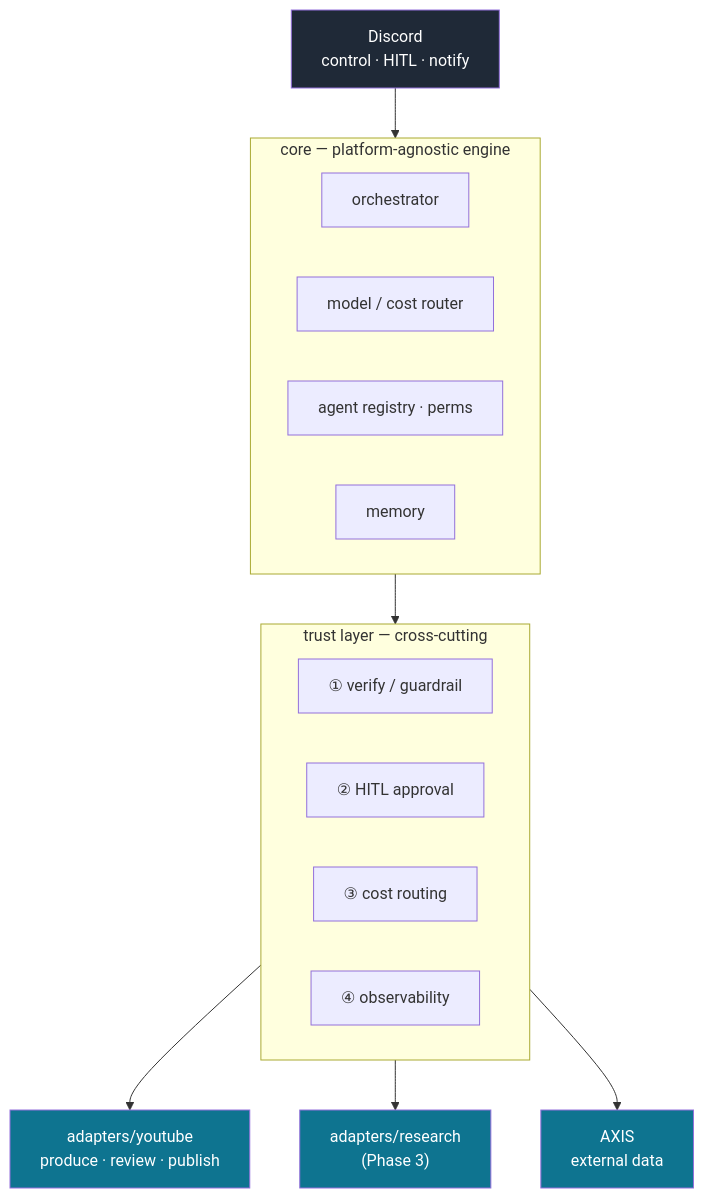
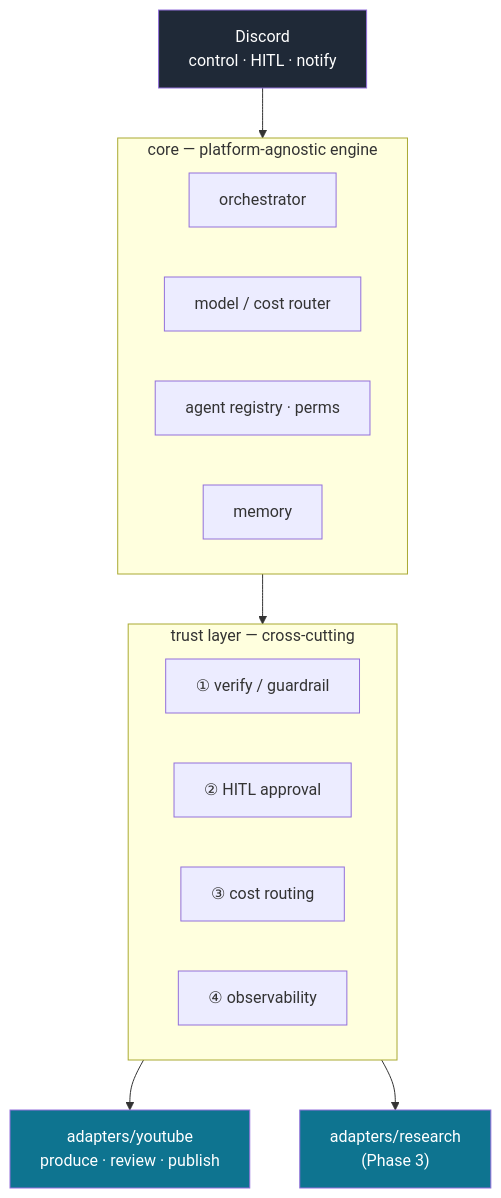
One commit to minjun91a/mint-agent changed the diagram in README.md. Above: the diagram before and after it, drawn with Mermaid. The commit also changed other lines of this file and 5 other files, not shown here.

First line of the commit message:
docs: AXIS 범위 제외 — 결합면 2면(Discord·YouTube)으로 정리

````diff
--- a/README.md
+++ b/README.md
@@ -28,23 +28,22 @@
 ```mermaid
 flowchart TB
   DISCORD["Discord<br/>control · HITL · notify"]:::io
   subgraph CORE["core — platform-agnostic engine"]
     ORCH["orchestrator"]
     ROUTER["model / cost router"]
     REG["agent registry · perms"]
     MEM["memory"]
   end
   subgraph TRUST["trust layer — cross-cutting"]
     V["① verify / guardrail"]
     H["② HITL approval"]
     C["③ cost routing"]
     O["④ observability"]
   end
   YT["adapters/youtube<br/>produce · review · publish"]:::out
   RES["adapters/research<br/>(Phase 3)"]:::out
-  AXIS["AXIS<br/>external data"]:::out
 
-  DISCORD --> CORE --> TRUST --> YT & RES & AXIS
+  DISCORD --> CORE --> TRUST --> YT & RES
   classDef io fill:#1f2937,color:#fff;
   classDef out fill:#0e7490,color:#fff;
 ```
````
